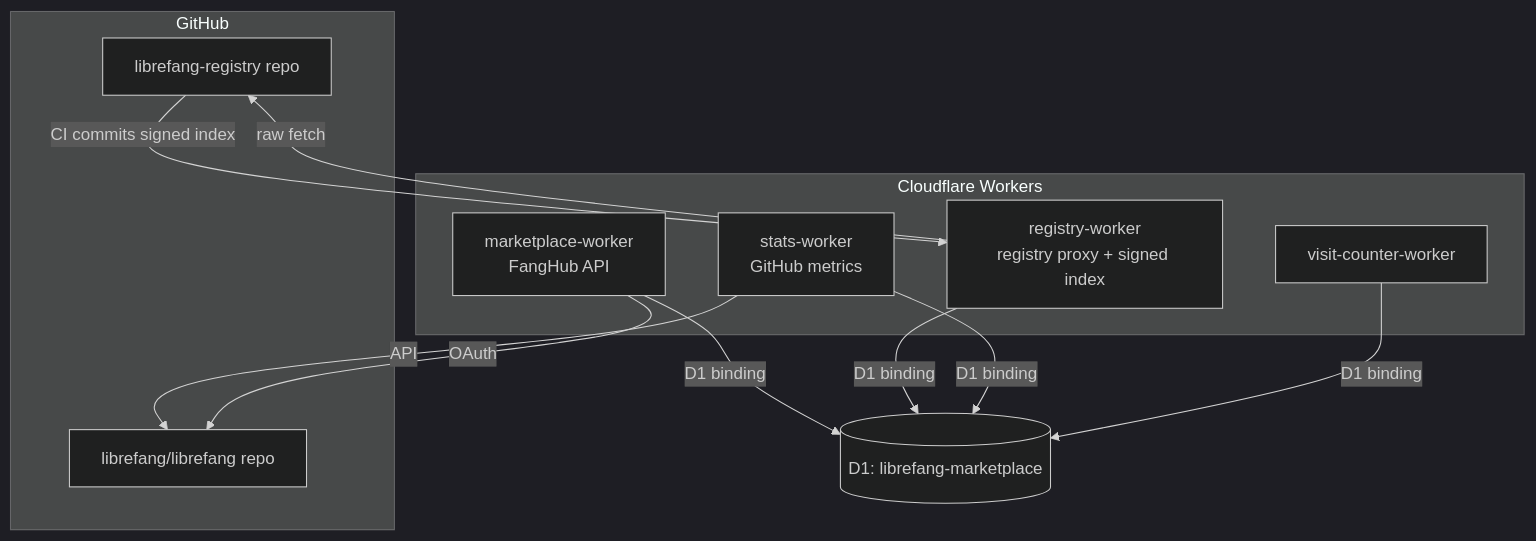
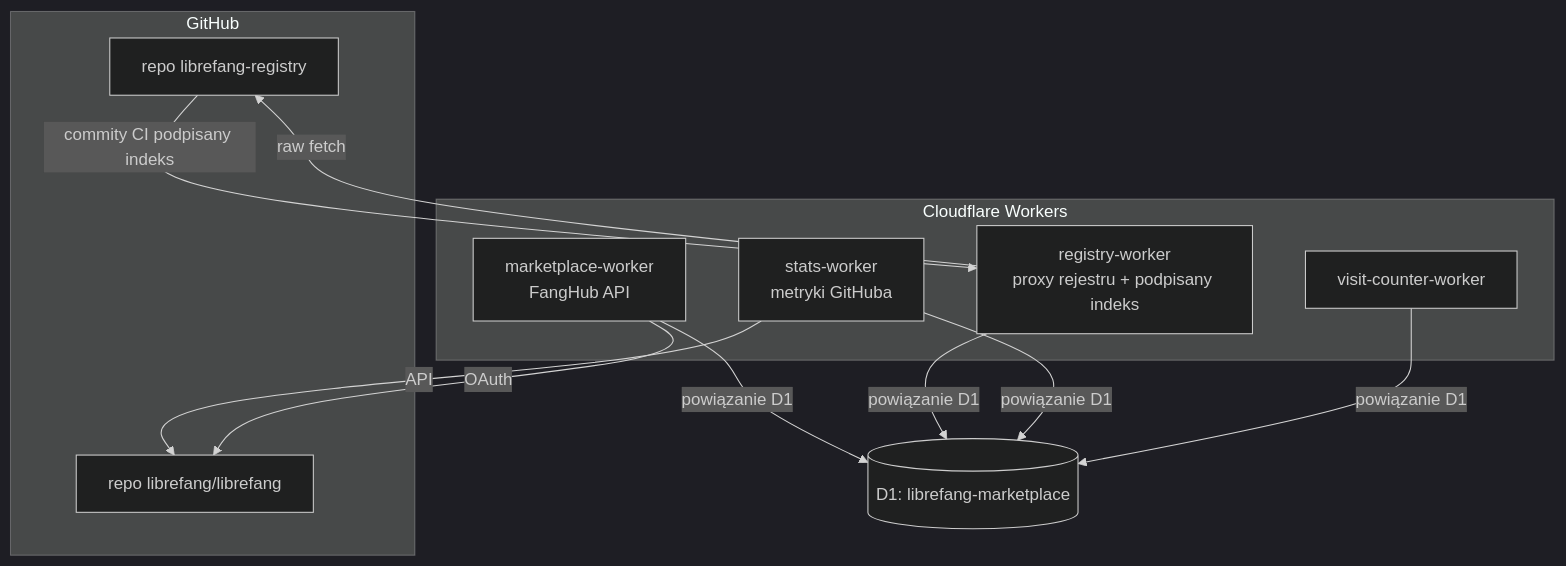
One commit to leszek3737/librefang-WIki changed the diagram in web-workers.md. Above: the diagram before and after it, drawn with Mermaid (dark theme). The commit also changed other lines of this file and 104 other files, not shown here.

````diff
--- a/web-workers.md
+++ b/web-workers.md
@@ -9,26 +9,26 @@
 ```mermaid
 graph TD
   subgraph "GitHub"
-    REG[librefang-registry repo]
-    MAIN[librefang/librefang repo]
+    REG[repo librefang-registry]
+    MAIN[repo librefang/librefang]
   end
 
   subgraph "Cloudflare Workers"
     MW[marketplace-worker<br/>FangHub API]
-    RW[registry-worker<br/>registry proxy + signed index]
-    SW[stats-worker<br/>GitHub metrics]
+    RW[registry-worker<br/>proxy rejestru + podpisany indeks]
+    SW[stats-worker<br/>metryki GitHuba]
     VC[visit-counter-worker]
   end
 
   D1[(D1: librefang-marketplace)]
 
-  MW -- D1 binding --> D1
-  RW -- D1 binding --> D1
-  SW -- D1 binding --> D1
-  VC -- D1 binding --> D1
+  MW -- powiązanie D1 --> D1
+  RW -- powiązanie D1 --> D1
+  SW -- powiązanie D1 --> D1
+  VC -- powiązanie D1 --> D1
 
-  REG -- CI commits signed index --> RW
+  REG -- commity CI podpisany indeks --> RW
   RW -- raw fetch --> REG
   SW -- API --> MAIN
   MW -- OAuth --> MAIN
 ```
````
